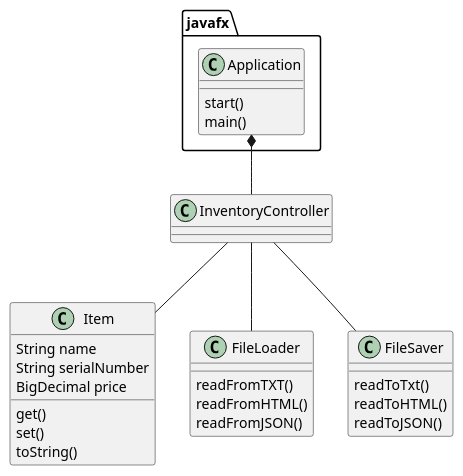
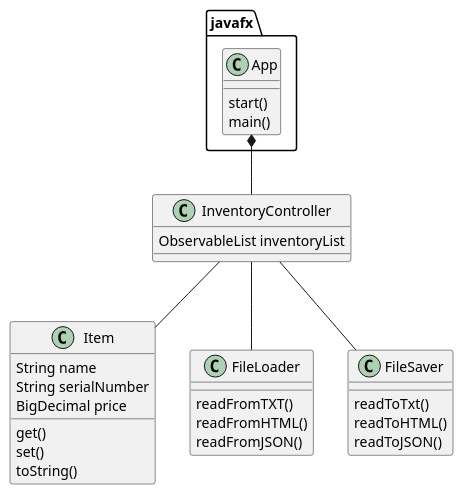
One commit to arkaik2k01/nobrega-7090-a5 changed the diagram in UML/ClassDiagram.puml. Above: the diagram before and after it, drawn with PlantUML. The commit also changed 2 other files, not shown here.

```diff
--- a/UML/ClassDiagram.puml
+++ b/UML/ClassDiagram.puml
@@ -1,43 +1,44 @@
 @startuml
 'https://plantuml.com/class-diagram
 
-class javafx.Application {
+class javafx.App {
     start()
     main()
 }
 
 class Item {
     String name
     String serialNumber
     BigDecimal price
 
     get()
     set()
     toString()
 }
 
 class FileLoader {
 
     readFromTXT()
     readFromHTML()
     readFromJSON()
 
 }
 
 class FileSaver {
 
     readToTxt()
     readToHTML()
     readToJSON()
 
 }
 
 class InventoryController {
+    ObservableList inventoryList
 }
 
-javafx.Application*--InventoryController
+javafx.App*--InventoryController
 InventoryController--FileLoader
 InventoryController--Item
 InventoryController--FileSaver
 
 @enduml
```
